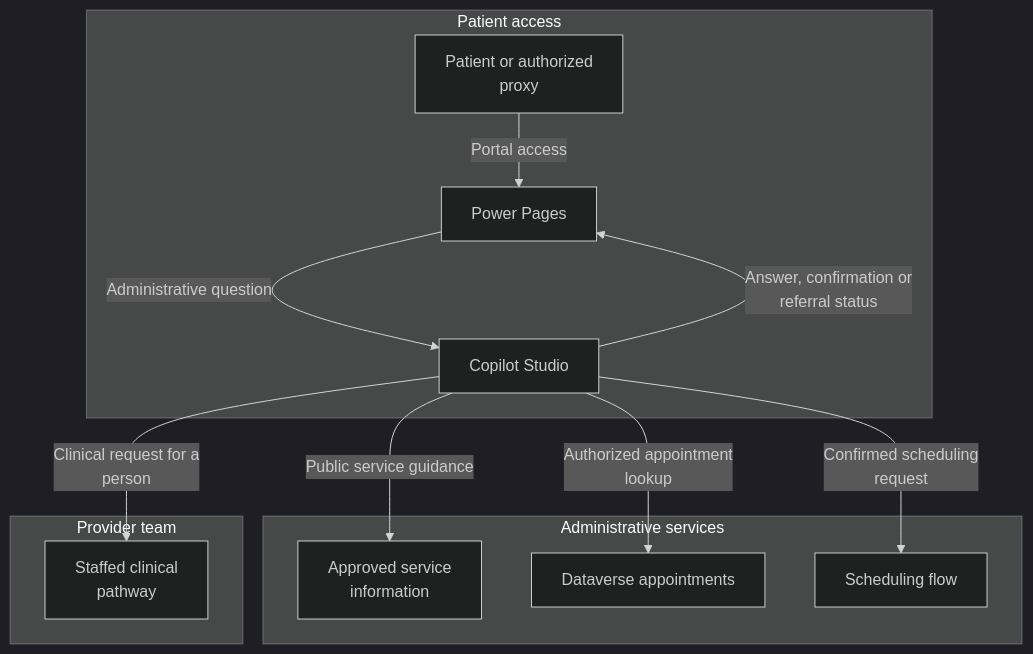
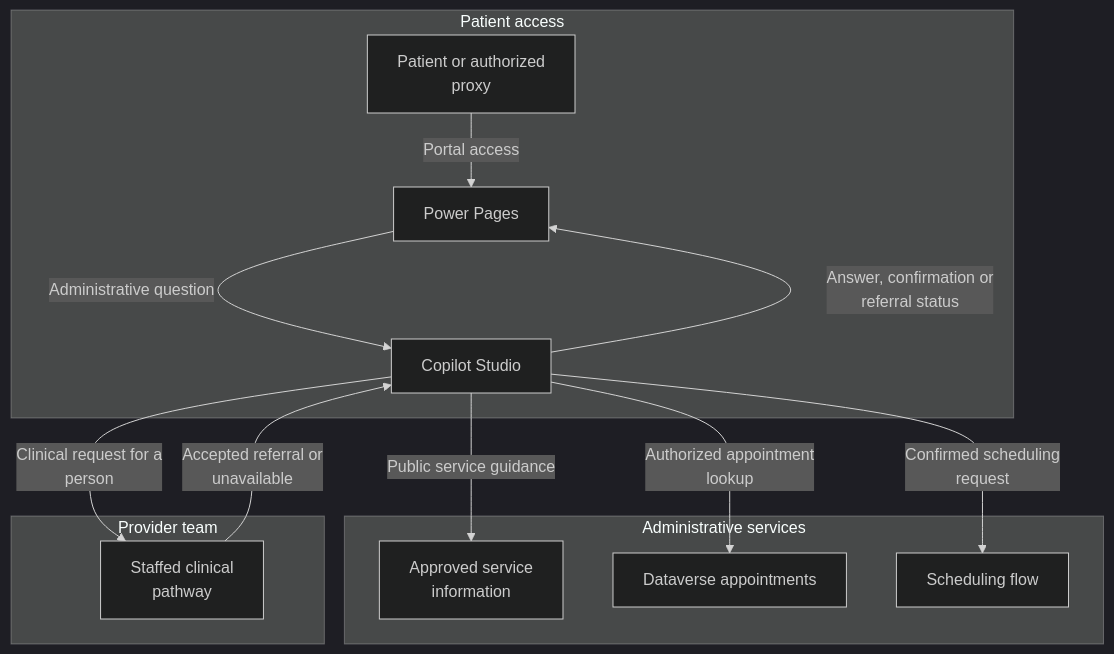
The first of 2 diagrams in solution-ideas/patient-support.md (abhishek-ai-enabler/copilotstudio-architecture-patterns), drawn with Mermaid (dark theme) before and after one commit. The commit also changed other lines of this file and 168 other files, not shown here.

First line of the commit message:
Validate AI architecture reviews and illustrate every technical flow

````diff
--- a/solution-ideas/patient-support.md
+++ b/solution-ideas/patient-support.md
@@ -7,25 +7,26 @@
 ```mermaid
 flowchart TB
     accTitle: Patient portal for administrative support - architecture
     accDescr: Approve the portal for administrative requests only. Personal appointment access requires verified patient or proxy authority; clinical requests go to a staffed pathway.
     subgraph group0["Patient access"]
         U["Patient or authorized<br/>proxy"]
         P["Power Pages"]
         A["Copilot Studio"]
     end
     subgraph group3["Administrative services"]
         K["Approved service<br/>information"]
         D["Dataverse appointments"]
         F["Scheduling flow"]
     end
     subgraph group6["Provider team"]
         H["Staffed clinical<br/>pathway"]
     end
     U -->|"Portal access"| P
     P -->|"Administrative question"| A
     A -->|"Public service guidance"| K
     A -->|"Authorized appointment<br/>lookup"| D
     A -->|"Confirmed scheduling<br/>request"| F
     A -->|"Clinical request for a<br/>person"| H
+    H -->|"Accepted referral or<br/>unavailable"| A
     A -->|"Answer, confirmation or<br/>referral status"| P
 ```
````
